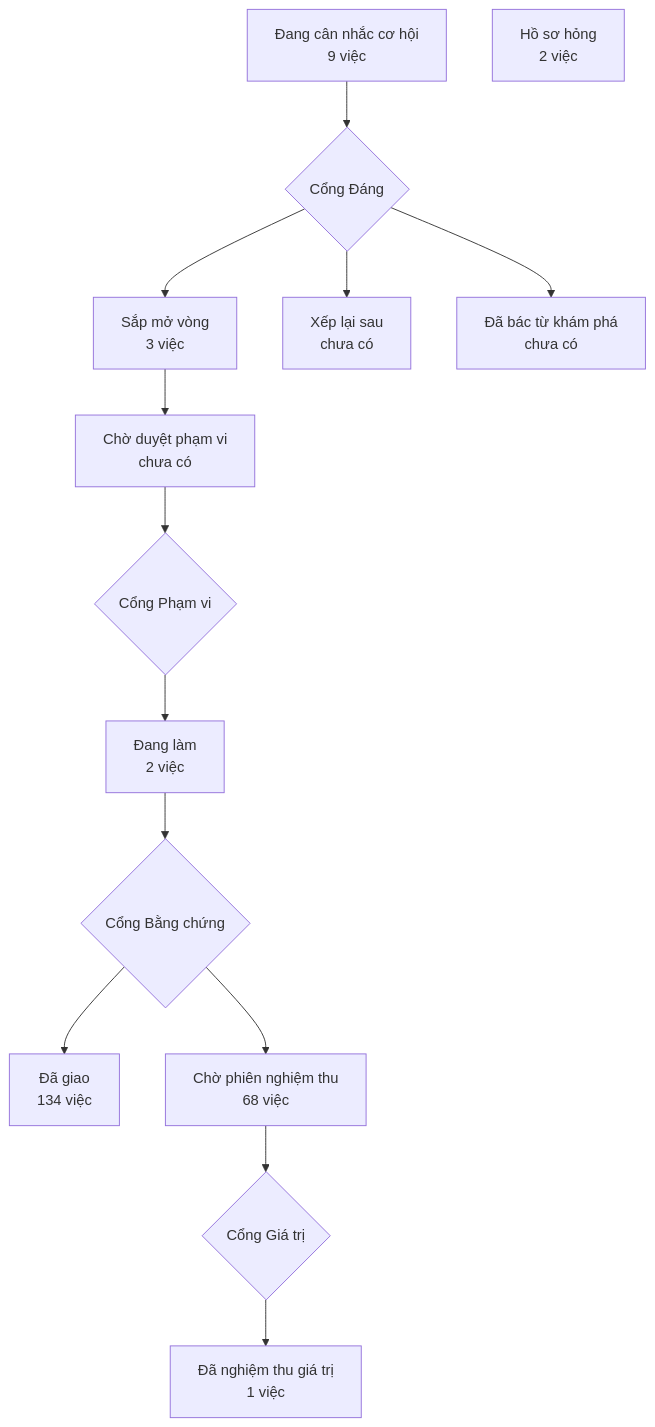
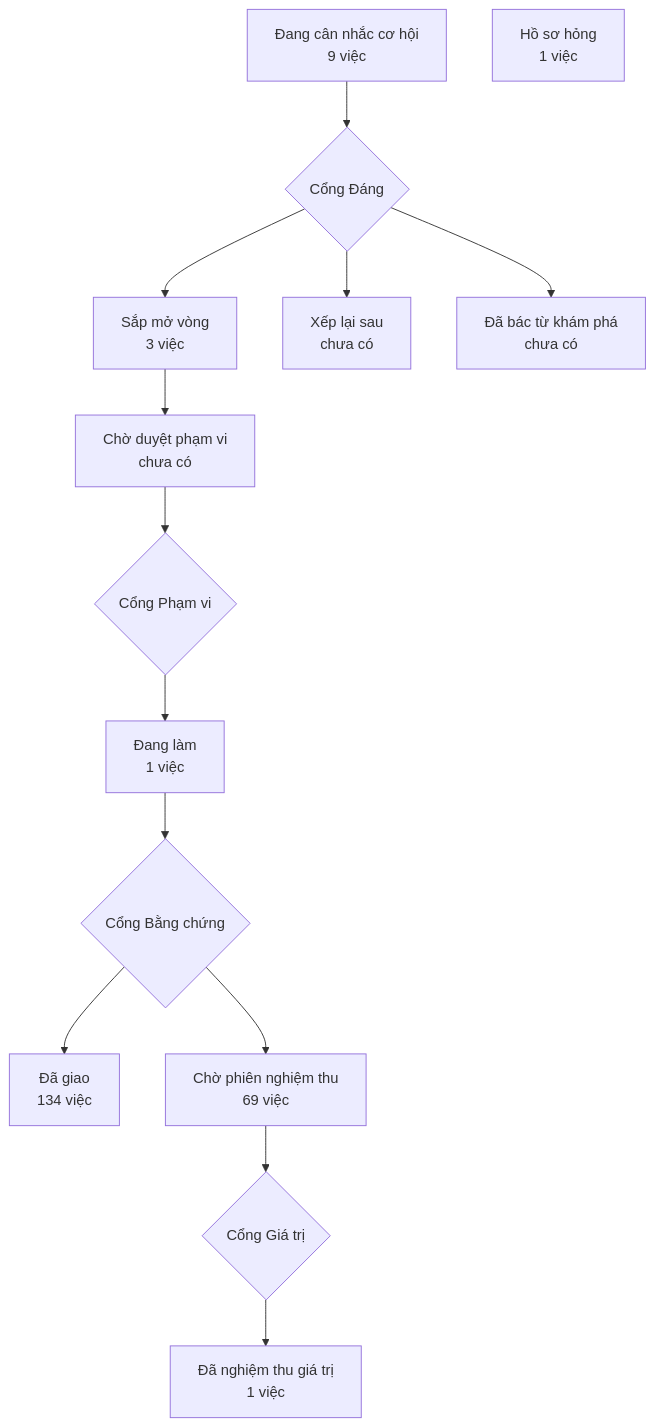
The diagram in PRODUCT-MAP.md (phanlemanh/crm-onehub), drawn with Mermaid before and after one commit. The commit also changed other lines of this file and 4 other files, not shown here.

````diff
--- a/PRODUCT-MAP.md
+++ b/PRODUCT-MAP.md
@@ -7,13 +7,13 @@
 ```mermaid
 flowchart TD
   A["Đang cân nhắc cơ hội<br/>9 việc"] --> GD{"Cổng Đáng"}
   GD --> B["Sắp mở vòng<br/>3 việc"]
   GD --> XL["Xếp lại sau<br/>chưa có"]
   GD --> DB["Đã bác từ khám phá<br/>chưa có"]
   B --> CD["Chờ duyệt phạm vi<br/>chưa có"] --> GP{"Cổng Phạm vi"}
-  GP --> DL["Đang làm<br/>2 việc"] --> GB{"Cổng Bằng chứng"}
+  GP --> DL["Đang làm<br/>1 việc"] --> GB{"Cổng Bằng chứng"}
   GB --> DG["Đã giao<br/>134 việc"]
-  GB --> CN["Chờ phiên nghiệm thu<br/>68 việc"] --> GG{"Cổng Giá trị"}
+  GB --> CN["Chờ phiên nghiệm thu<br/>69 việc"] --> GG{"Cổng Giá trị"}
   GG --> NT["Đã nghiệm thu giá trị<br/>1 việc"]
-  HS["Hồ sơ hỏng<br/>2 việc"]
+  HS["Hồ sơ hỏng<br/>1 việc"]
 ```
````
